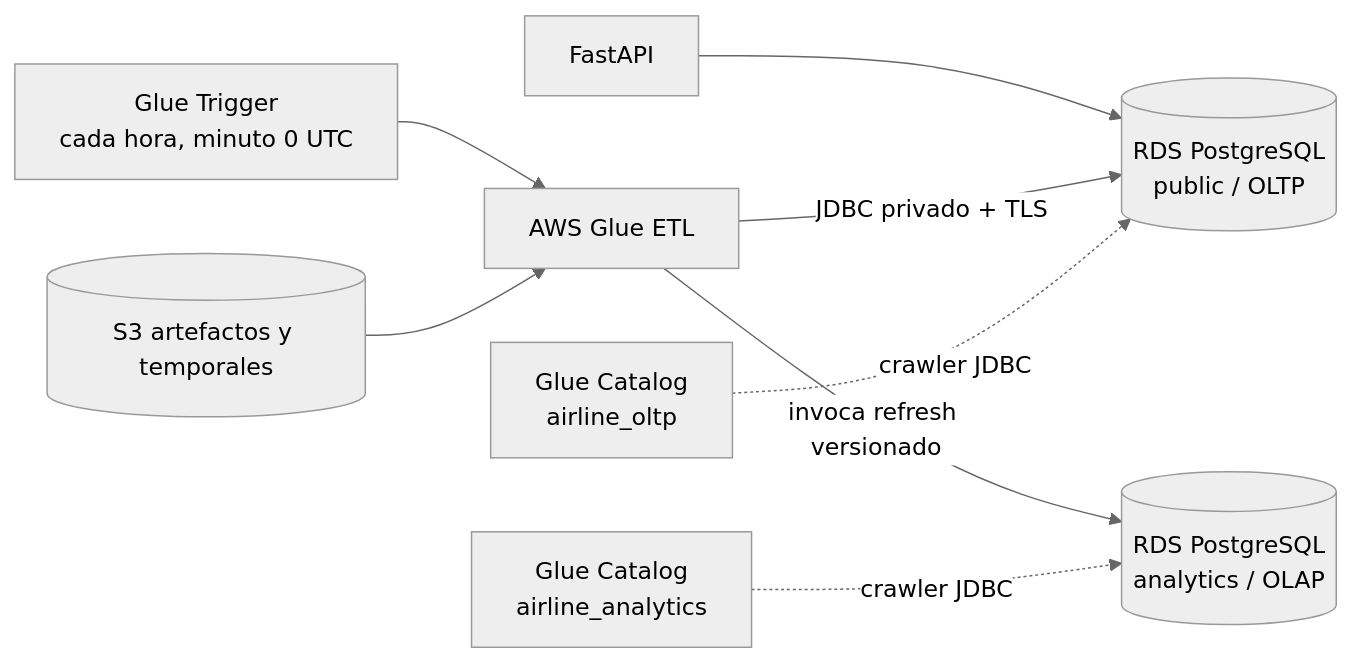
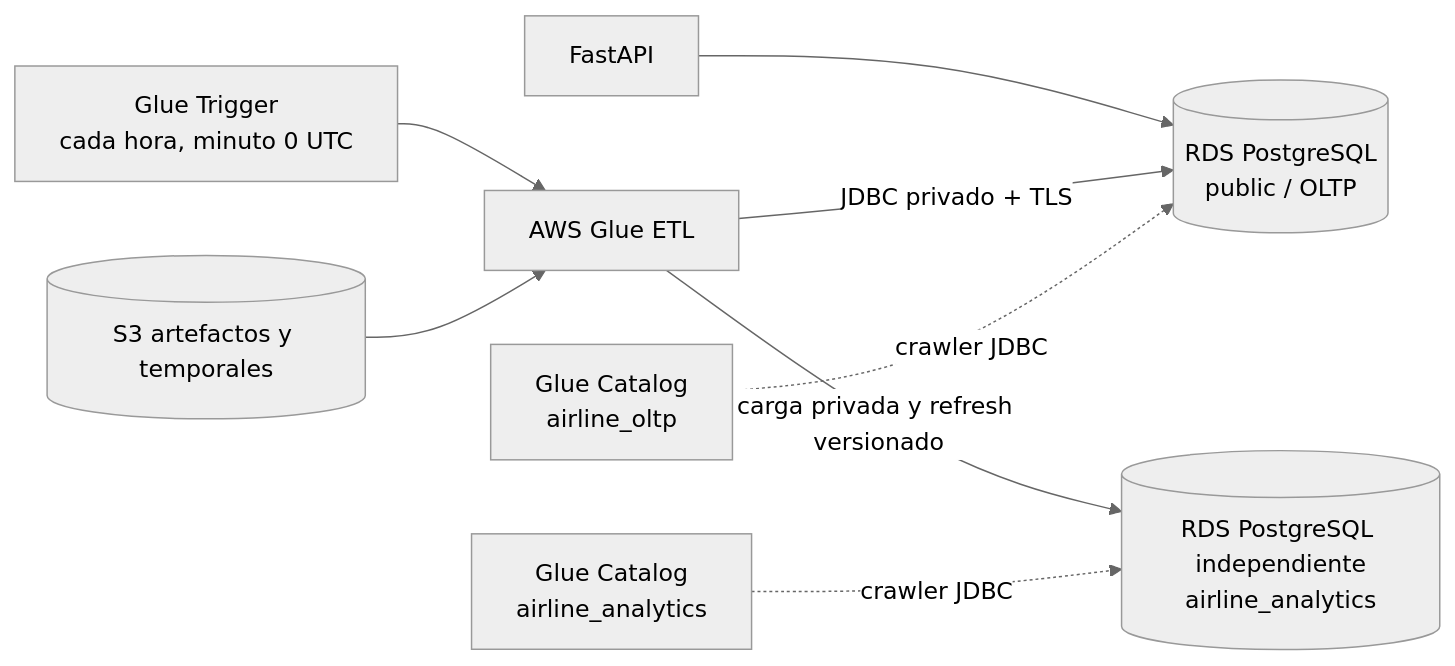
The diagram in docs/analytics-architecture.md (santiagogarzon-bld/bigdata-parcial-airline), drawn with Mermaid (neutral theme) before and after one commit. The commit also changed other lines of this file and 5 other files, not shown here.

First line of the commit message:
docs(analytics): document the independent OLTP/OLAP databases

````diff
--- a/docs/analytics-architecture.md
+++ b/docs/analytics-architecture.md
@@ -28,10 +26,10 @@
 ```mermaid
 flowchart LR
     API[FastAPI] --> OLTP[(RDS PostgreSQL\npublic / OLTP)]
     SCHED[Glue Trigger\ncada hora, minuto 0 UTC] --> GLUE[AWS Glue ETL]
     GLUE -->|JDBC privado + TLS| OLTP
-    GLUE -->|invoca refresh versionado| OLAP[(RDS PostgreSQL\nanalytics / OLAP)]
+    GLUE -->|carga privada y refresh versionado| OLAP[(RDS PostgreSQL independiente\nairline_analytics)]
     S3[(S3 artefactos y temporales)] --> GLUE
     GC1[Glue Catalog\nairline_oltp] -. crawler JDBC .-> OLTP
     GC2[Glue Catalog\nairline_analytics] -. crawler JDBC .-> OLAP
 ```
````
